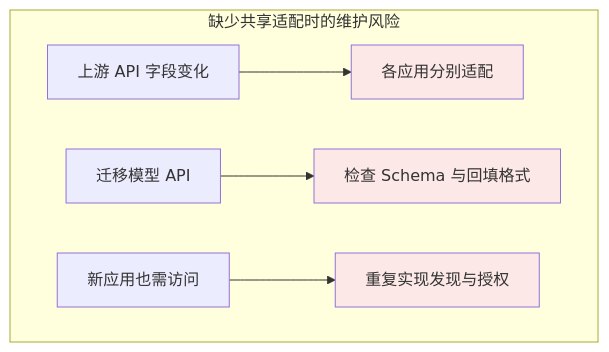
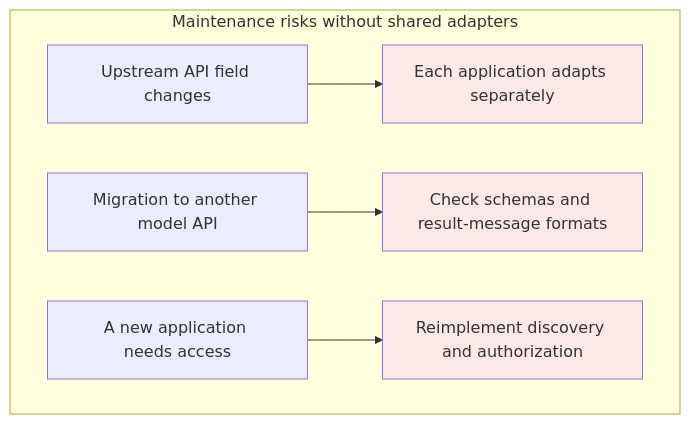
The first of 3 diagrams in docs/tools/02-mcp/06-mcp-vs-function-calling.md (oneleaveknowsthefall/awesome-ai-roadmap), drawn with Mermaid before and after one commit. The commit also changed other lines of this file and 42 other files, not shown here.

````diff
--- a/docs/tools/02-mcp/06-mcp-vs-function-calling.md
+++ b/docs/tools/02-mcp/06-mcp-vs-function-calling.md
@@ -30,12 +30,12 @@
 ```mermaid
 flowchart TB
-    subgraph PAIN["缺少共享适配时的维护风险"]
-        P1["上游 API 字段变化"] --> R1["各应用分别适配"]
-        P2["迁移模型 API"] --> R2["检查 Schema 与回填格式"]
-        P3["新应用也需访问"] --> R3["重复实现发现与授权"]
+    subgraph PAIN["Maintenance risks without shared adapters"]
+        P1["Upstream API field changes"] --> R1["Each application adapts separately"]
+        P2["Migration to another model API"] --> R2["Check schemas and result-message formats"]
+        P3["A new application needs access"] --> R3["Reimplement discovery and authorization"]
     end
 
     style R1 fill:#fce8e6
     style R2 fill:#fce8e6
     style R3 fill:#fce8e6
 ```
````
